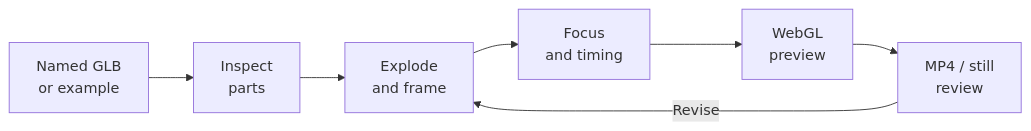
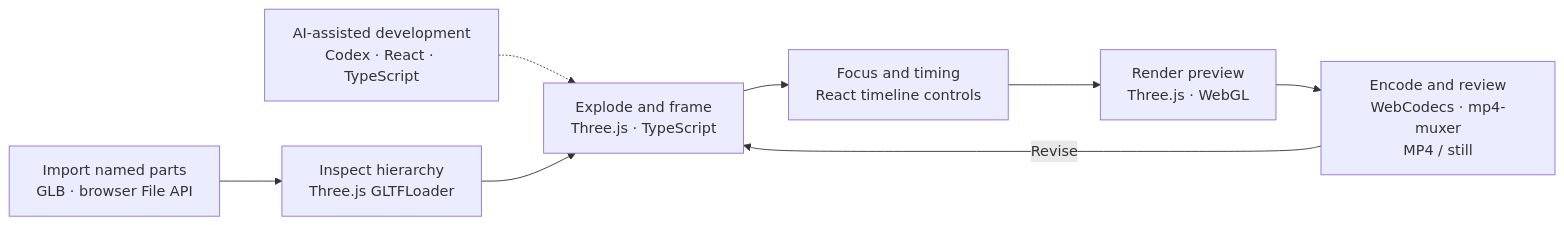
Before and after one commit to MuwenTriLi/creative-workflows: the diagram in projects/03-model-breakdown/README.md, drawn with Mermaid. The commit also changed other lines of this file and 19 other files, not shown here.

````diff
--- a/projects/03-model-breakdown/README.md
+++ b/projects/03-model-breakdown/README.md
@@ -80,9 +70,10 @@
 ```mermaid
 flowchart LR
-    A["Named GLB<br/>or example"] --> B["Inspect<br/>parts"]
-    B --> C["Explode<br/>and frame"]
-    C --> D["Focus<br/>and timing"]
-    D --> E["WebGL<br/>preview"]
-    E --> F["MP4 / still<br/>review"]
+    DEV["AI-assisted development<br/>Codex · React · TypeScript"] -.-> C
+    A["Import named parts<br/>GLB · browser File API"] --> B["Inspect hierarchy<br/>Three.js GLTFLoader"]
+    B --> C["Explode and frame<br/>Three.js · TypeScript"]
+    C --> D["Focus and timing<br/>React timeline controls"]
+    D --> E["Render preview<br/>Three.js · WebGL"]
+    E --> F["Encode and review<br/>WebCodecs · mp4-muxer<br/>MP4 / still"]
     F -->|Revise| C
 ```
````
